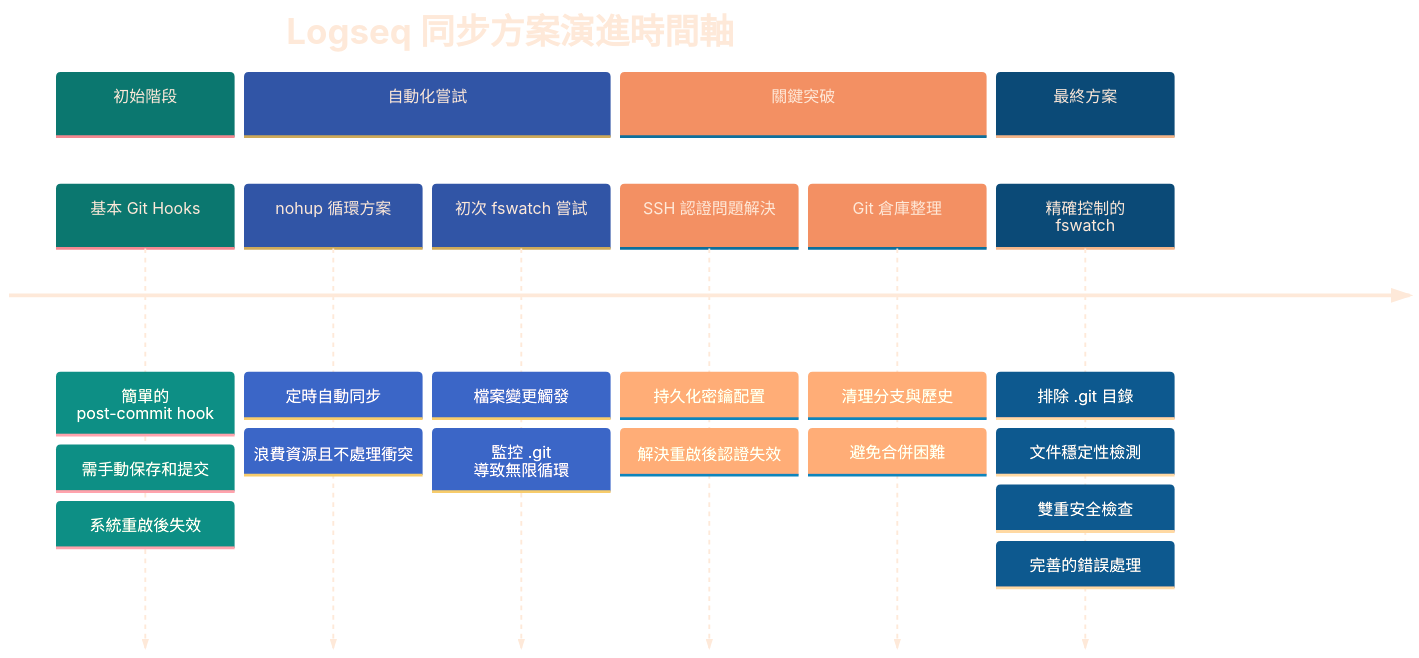
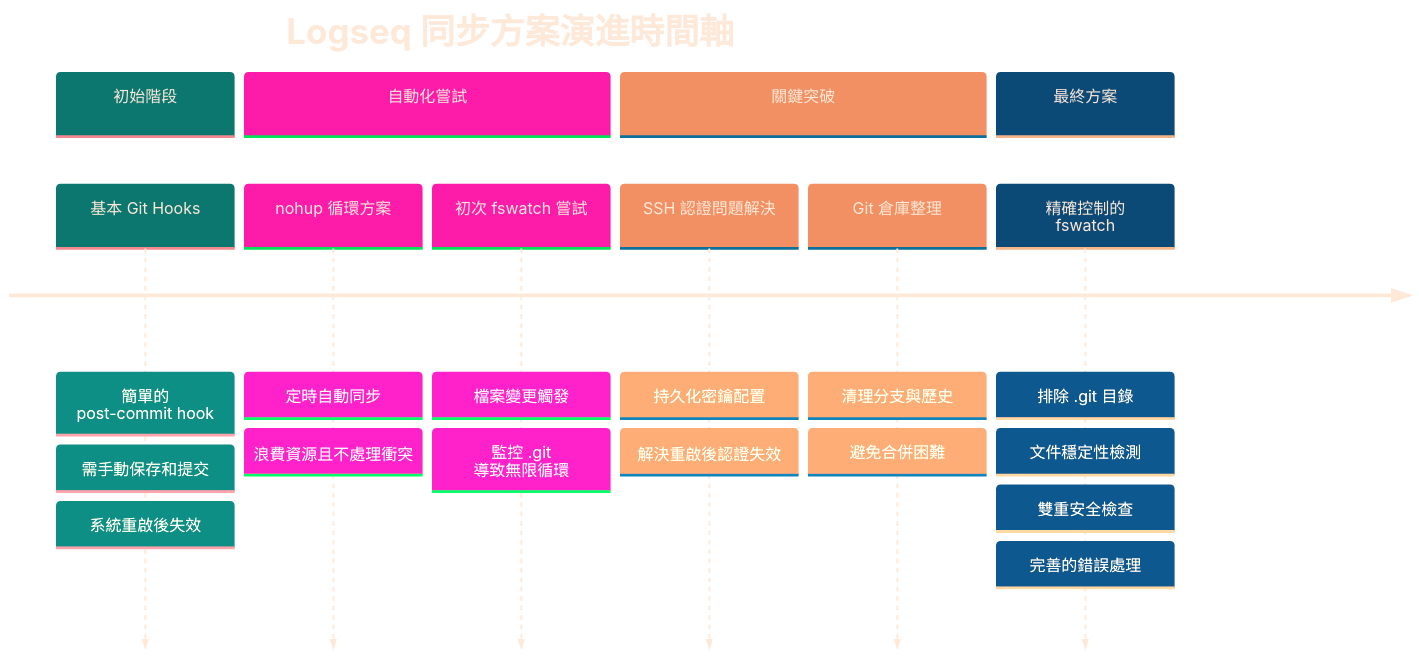
One commit to GengGeng026/Sync-Logseq changed the first of 2 diagrams in Logseq同步方案演進記錄.md. Above: the diagram before and after it, drawn with Mermaid.

Commit message:
Auto saved by Logseq

````diff
--- a/Logseq同步方案演進記錄.md
+++ b/Logseq同步方案演進記錄.md
@@ -24,38 +24,38 @@
 ```mermaid
 %%{init: {
   'theme': 'base', 
   'themeVariables': {
     'primaryTextColor': '#FEE9D9',
     'primaryColor': '#19E9D9',
-    'secondaryColor': '#7E9AD9',
+    'secondaryColor': '#FE9AD9',
     'tertiaryColor': '#FCE4D9',
     'primaryBorderColor': '#A9D9D9',
     'background': 'transparent',
     'clusterBkg': 'transparent',
     'fontFamily': 'default',
     'fontSize': '17px',
     'fontWeight': 'normal'
   }
 }}%%
 timeline
     title Logseq 同步方案演進時間軸
     section 初始階段
         基本 Git Hooks : 簡單的 post-commit hook
         : 需手動保存和提交
         : 系統重啟後失效
     section 自動化嘗試
         nohup 循環方案 : 定時自動同步
         : 浪費資源且不處理衝突
         初次 fswatch 嘗試 : 檔案變更觸發
         : 監控 .git 導致無限循環
     section 關鍵突破
         SSH 認證問題解決 : 持久化密鑰配置
         : 解決重啟後認證失效
         Git 倉庫整理 : 清理分支與歷史
         : 避免合併困難
     section 最終方案
         精確控制的 fswatch : 排除 .git 目錄
         : 文件穩定性檢測
         : 雙重安全檢查
         : 完善的錯誤處理
 ```
````
